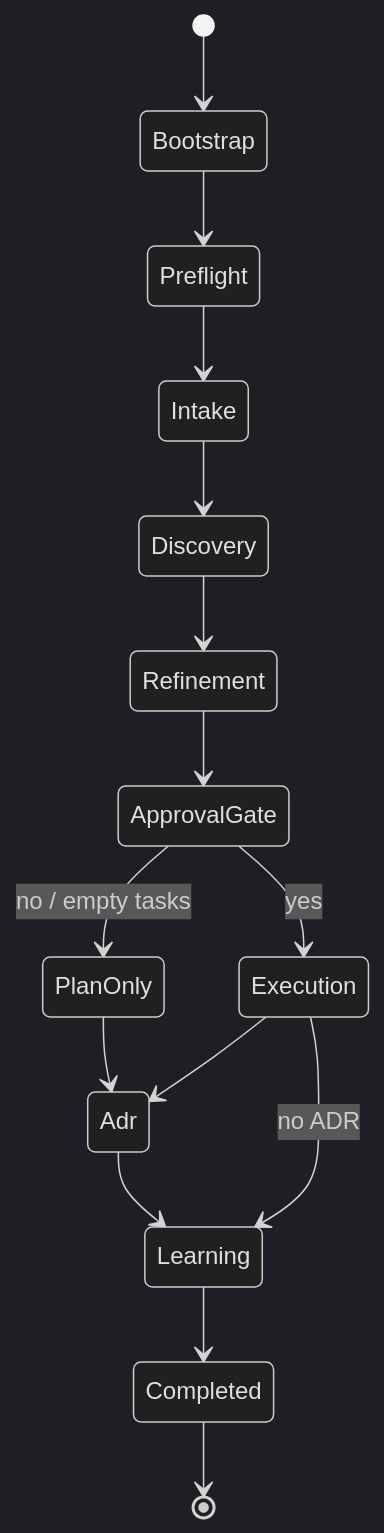
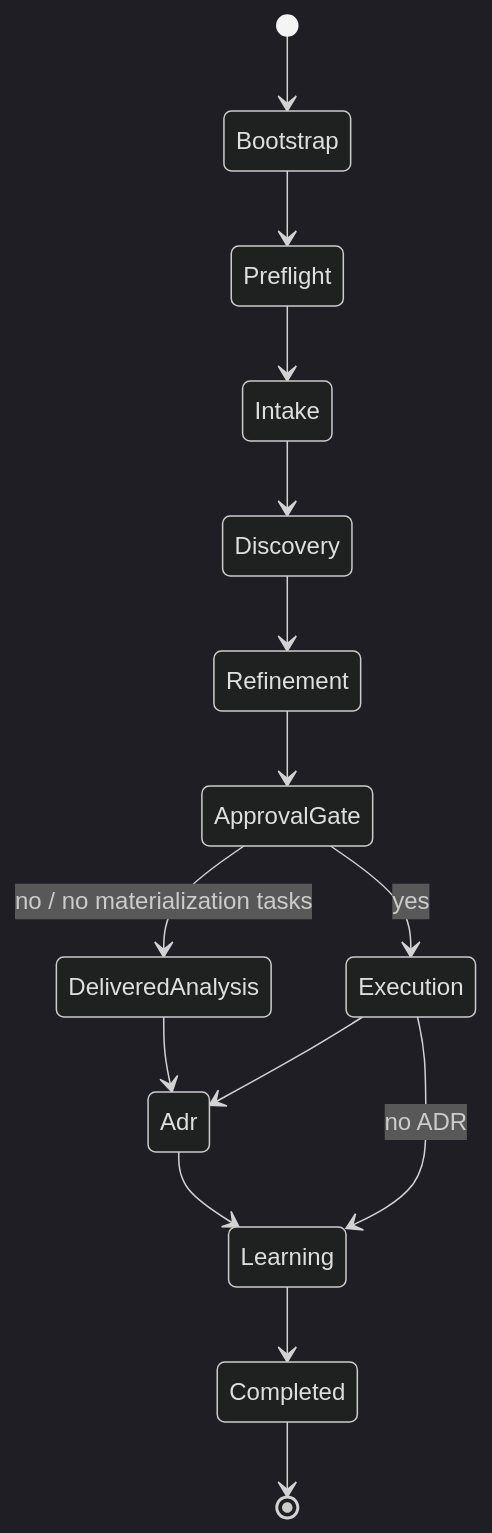
The fifth of 5 diagrams in docs/c4-diagrams.md (SergioLacerda/strategist-skill), drawn with Mermaid (dark theme) before and after one commit. The commit also changed other lines of this file and 20 other files, not shown here.

````diff
--- a/docs/c4-diagrams.md
+++ b/docs/c4-diagrams.md
@@ -189,17 +189,17 @@
 ```mermaid
 stateDiagram-v2
     [*] --> Bootstrap
     Bootstrap --> Preflight
     Preflight --> Intake
     Intake --> Discovery
     Discovery --> Refinement
     Refinement --> ApprovalGate
-    ApprovalGate --> PlanOnly: no / empty tasks
+    ApprovalGate --> DeliveredAnalysis: no / no materialization tasks
     ApprovalGate --> Execution: yes
     Execution --> Adr
-    PlanOnly --> Adr
+    DeliveredAnalysis --> Adr
     Adr --> Learning
     Execution --> Learning: no ADR
     Learning --> Completed
     Completed --> [*]
 ```
````
